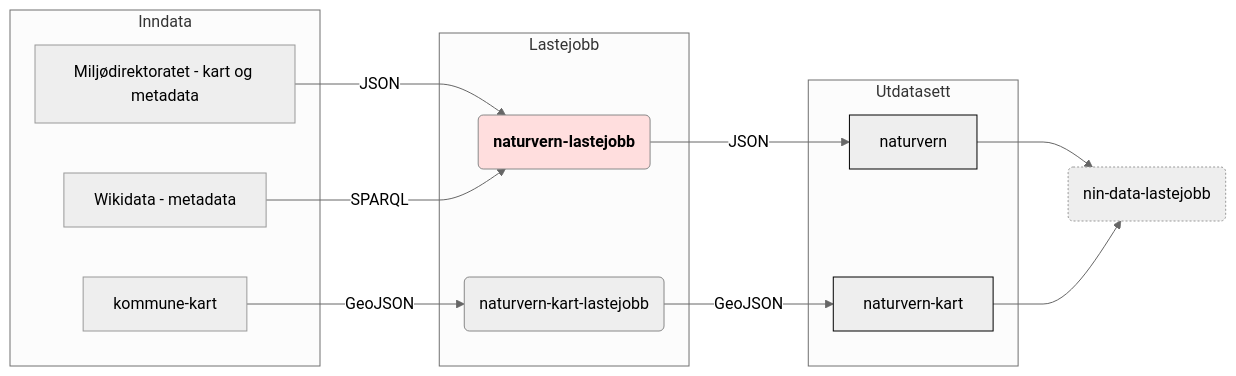
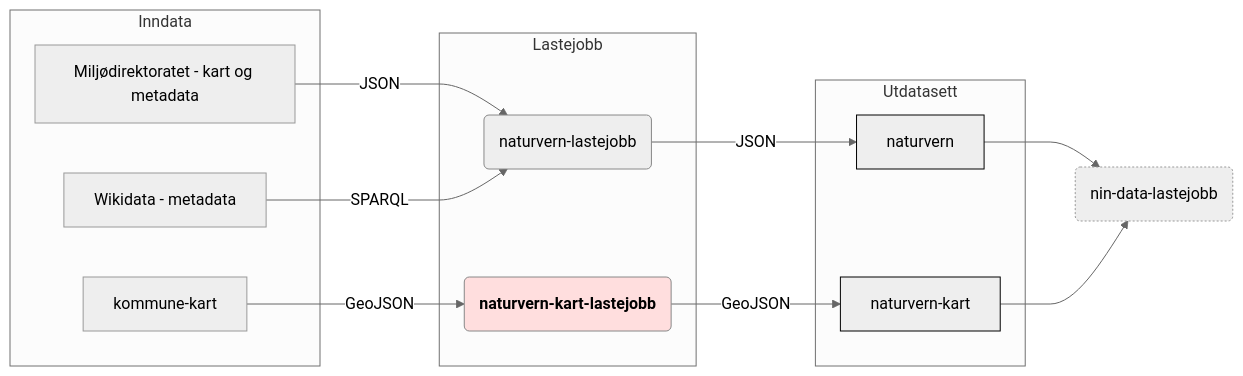
One commit to Artsdatabanken/naturvern-kart-lastejobb changed the diagram in doc/flytdiagram.md. Above: the diagram before and after it, drawn with Mermaid (neutral theme). The commit also changed 1 other file, not shown here.

Commit message:
Marker riktig boks på diagrammet

````diff
--- a/doc/flytdiagram.md
+++ b/doc/flytdiagram.md
@@ -1,45 +1,45 @@
 ```mermaid
 
 graph LR;
   linkStyle default interpolate monotoneX
     subgraph Inndata
       kommune-kart[kommune-kart]
       wikidata[Wikidata - metadata]
       mdir[Miljødirektoratet - kart og metadata]
     end
     subgraph Lastejobb
       naturvern-kart-lastejobb(naturvern-kart-lastejobb)
       naturvern-lastejobb(naturvern-lastejobb)
     end
     subgraph Utdatasett
       naturvern-kart[naturvern-kart]
       naturvern[naturvern]
     end
     mdir-->|JSON|naturvern-lastejobb;
     wikidata-->|SPARQL|naturvern-lastejobb;
     naturvern-kart-lastejobb-->|GeoJSON|naturvern-kart;
     naturvern-lastejobb-->|JSON|naturvern;
     kommune-kart-->|GeoJSON|naturvern-kart-lastejobb(naturvern-kart-lastejobb);
     naturvern-->nin-data-lastejobb(nin-data-lastejobb);
     naturvern-kart-->nin-data-lastejobb(nin-data-lastejobb);
     click naturvern-lastejobb "https://github.com/Artsdatabanken/naturvern-lastejobb" "_"
     click naturvern "https://github.com/Artsdatabanken/naturvern" "_"
     click naturvern-kart "https://github.com/Artsdatabanken/naturvern-kart" "_"
     click naturvern-kart-lastejobb "https://github.com/Artsdatabanken/naturvern-kart-lastejobb" "_"
     click kommune-kart "https://github.com/Artsdatabanken/kommune-kart" "_"
     click wikidata "https://www.wikidata.org/wiki/Q15284" "_"
     click mdir "https://www.mdir.no" "_"
 
-class naturvern-lastejobb focus
+class naturvern-kart-lastejobb focus
 class kommune,wikidata,mdir data
 class naturvern,naturvern-kart, utdata
-class xnaturvern-lastejobb,naturvern-kart-lastejobb lastejobb
+class naturvern-lastejobb,xnaturvern-kart-lastejobb lastejobb
 class nin-data-lastejobb next
 classDef focusx stroke:#888,stroke-width:3px,font-weight:600;
 classDef focus color:#000,fill:#ffdede,stroke:#888,stroke-widthx:3px,font-weight:600;
 classDef data fillx:#ffd;
 classDef lastejobb fillx:#fff,stroke:#888;
 classDef utdata fillx:#ffa,stroke:#000;
 classDef next fill:#eee,stroke-dasharray: 2, 2;
 
 ```
````
